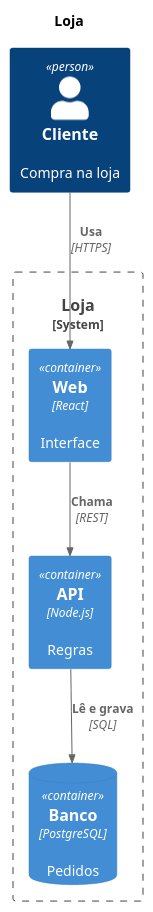
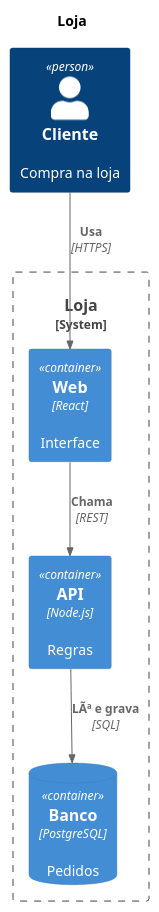
Before and after one commit to tiagocesario/C4Arch: the diagram in .opencode/skills/plantuml/references/integracao-c4arch.md, drawn with PlantUML. The commit also changed other lines of this file and 11 other files, not shown here.

````diff
--- a/.opencode/skills/plantuml/references/integracao-c4arch.md
+++ b/.opencode/skills/plantuml/references/integracao-c4arch.md
@@ -276,17 +276,17 @@
 ```plantuml
 @startuml
 !include <C4/C4_Container>
 title Loja
 
 Person(cliente, "Cliente", "Compra na loja")
 System_Boundary(loja, "Loja") {
   Container(web, "Web", "React", "Interface")
   Container(api, "API", "Node.js", "Regras")
   ContainerDb(banco, "Banco", "PostgreSQL", "Pedidos")
 }
 
 Rel(cliente, web, "Usa", "HTTPS")
 Rel(web, api, "Chama", "REST")
-Rel(api, banco, "Lê e grava", "SQL")
+Rel(api, banco, "LÃª e grava", "SQL")
 @enduml
 ```
````
